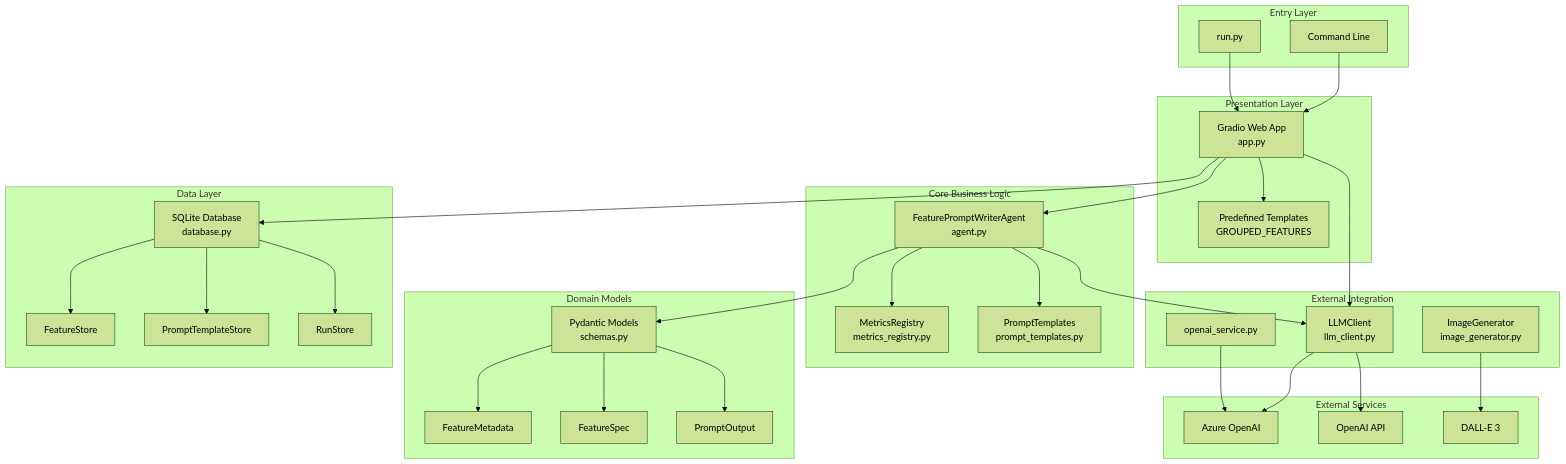
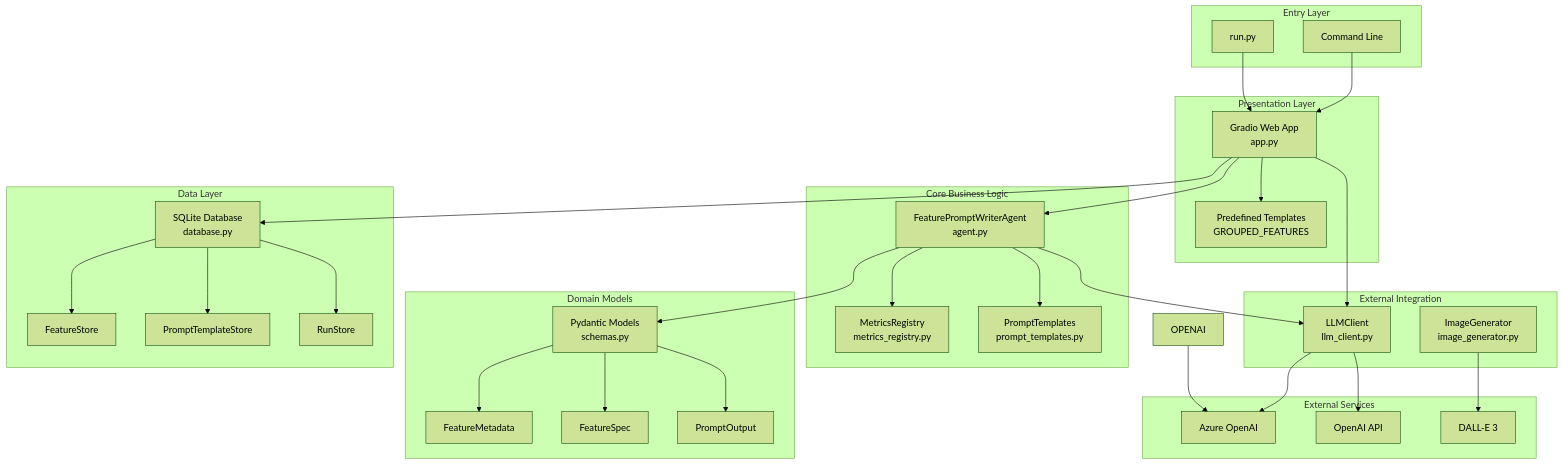
The first of 12 diagrams in TechnicalDocs/ArchitectureOverview.md (hshujuan/MetaFeature-Orchestrator), drawn with Mermaid (forest theme) before and after one commit. The commit also changed other lines of this file and 2 other files, not shown here.

````diff
--- a/TechnicalDocs/ArchitectureOverview.md
+++ b/TechnicalDocs/ArchitectureOverview.md
@@ -56,69 +55,68 @@
 ```mermaid
 flowchart TB
     subgraph Entry["Entry Layer"]
         RUN[run.py]
         CLI["Command Line"]
     end
 
     subgraph UI["Presentation Layer"]
         GRADIO[Gradio Web App<br/>app.py]
         TEMPLATES[Predefined Templates<br/>GROUPED_FEATURES]
     end
 
     subgraph Core["Core Business Logic"]
         AGENT[FeaturePromptWriterAgent<br/>agent.py]
         METRICS_REG[MetricsRegistry<br/>metrics_registry.py]
         PROMPT_TPL[PromptTemplates<br/>prompt_templates.py]
     end
 
     subgraph Domain["Domain Models"]
         SCHEMAS[Pydantic Models<br/>schemas.py]
         FEATURE_META[FeatureMetadata]
         FEATURE_SPEC[FeatureSpec]
         PROMPT_OUT[PromptOutput]
     end
 
     subgraph Integration["External Integration"]
         LLM[LLMClient<br/>llm_client.py]
-        OPENAI[openai_service.py]
         IMG_GEN[ImageGenerator<br/>image_generator.py]
     end
 
     subgraph Persistence["Data Layer"]
         DB[SQLite Database<br/>database.py]
         FEATURE_STORE[FeatureStore]
         TEMPLATE_STORE[PromptTemplateStore]
         RUN_STORE[RunStore]
     end
 
     subgraph External["External Services"]
         AZURE[Azure OpenAI]
         OPENAI_API[OpenAI API]
         DALLE[DALL-E 3]
     end
 
     RUN --> GRADIO
     CLI --> GRADIO
     GRADIO --> TEMPLATES
     GRADIO --> AGENT
     
     AGENT --> METRICS_REG
     AGENT --> PROMPT_TPL
     AGENT --> SCHEMAS
     
     SCHEMAS --> FEATURE_META
     SCHEMAS --> FEATURE_SPEC
     SCHEMAS --> PROMPT_OUT
     
     GRADIO --> LLM
     AGENT --> LLM
     IMG_GEN --> DALLE
     OPENAI --> AZURE
     LLM --> AZURE
     LLM --> OPENAI_API
     
     GRADIO --> DB
     DB --> FEATURE_STORE
     DB --> TEMPLATE_STORE
     DB --> RUN_STORE
 ```
````
